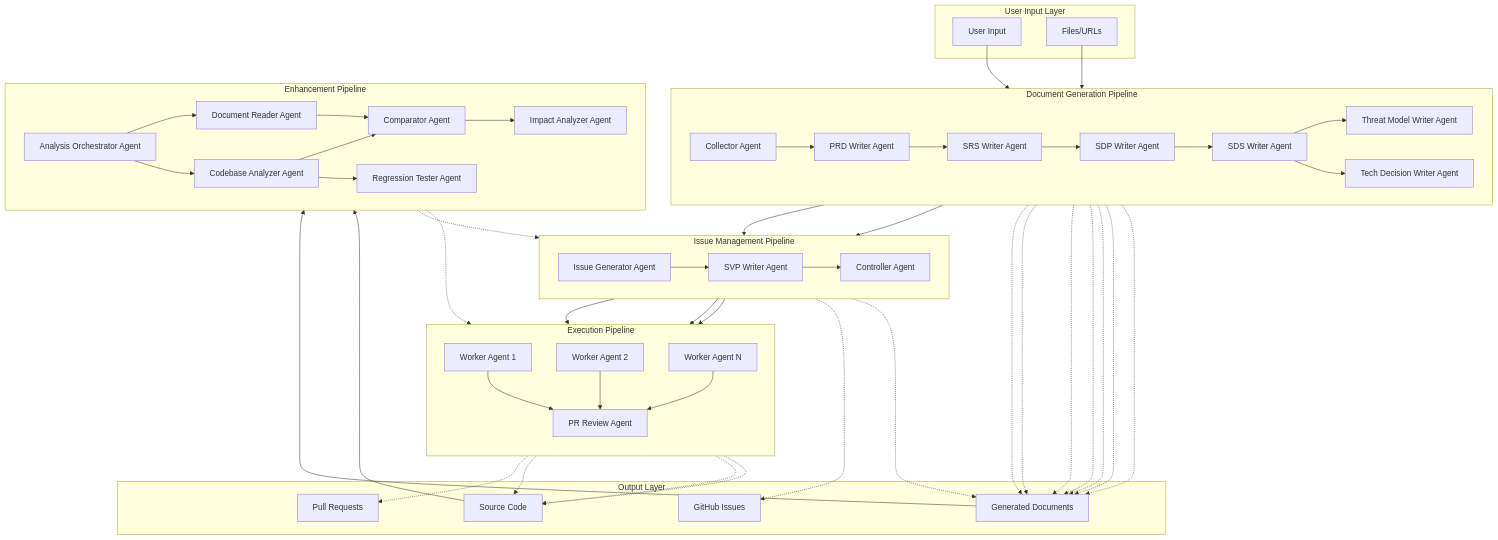
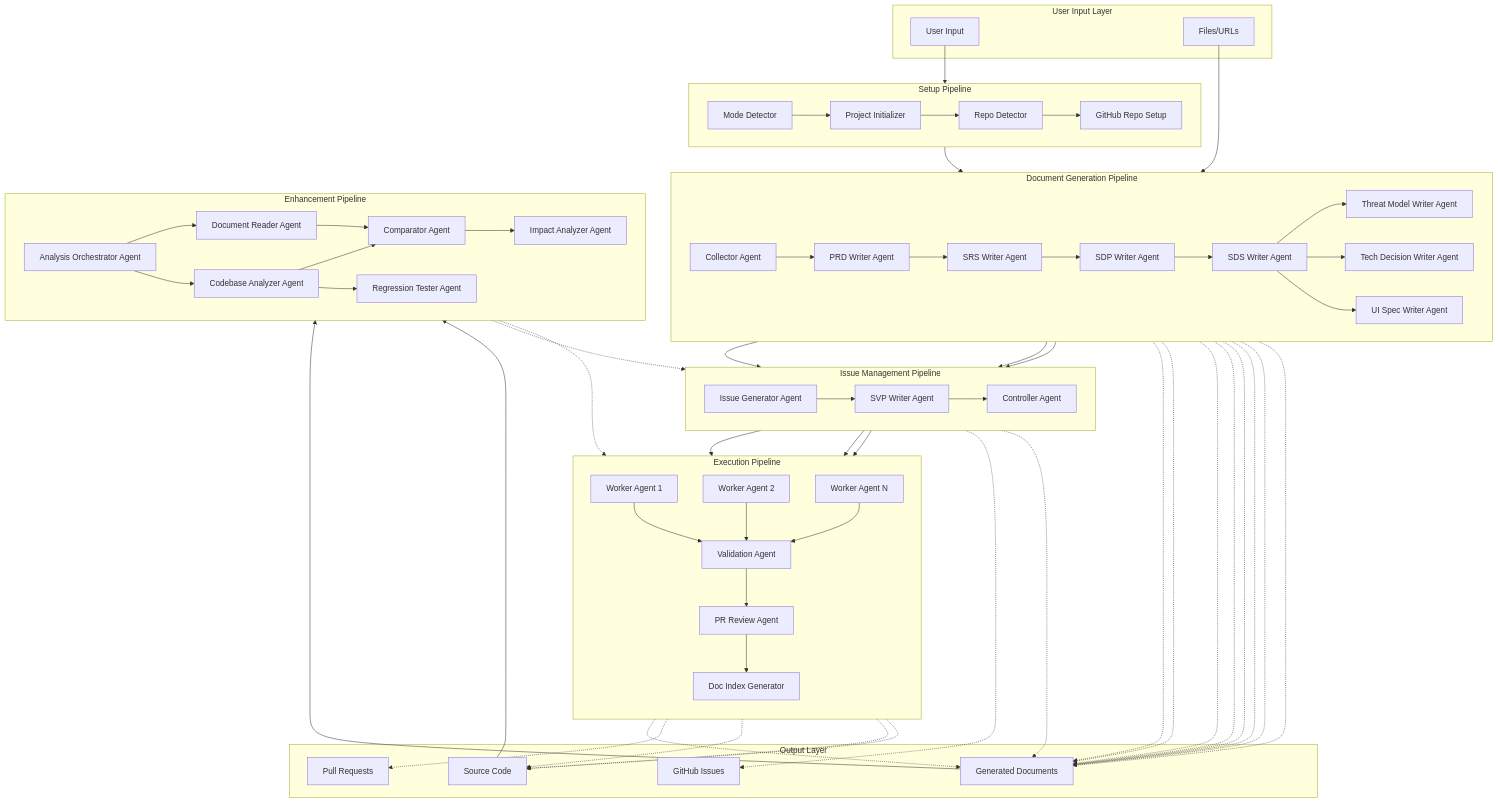
Before and after one commit to kcenon/claude_code_agent: the first of 7 diagrams in docs/system-architecture.md, drawn with Mermaid. The commit also changed other lines of this file and 7 other files, not shown here.

````diff
--- a/docs/system-architecture.md
+++ b/docs/system-architecture.md
@@ -5,5 +5,13 @@
 ```mermaid
 flowchart TB
+    subgraph SetupPipeline["Setup Pipeline"]
+        direction LR
+        MODE[Mode Detector]
+        INIT[Project Initializer]
+        REPOD[Repo Detector]
+        GHSETUP[GitHub Repo Setup]
+    end
+
     subgraph Input["User Input Layer"]
         UI[User Input]
         FILES[Files/URLs]
@@ -18,6 +26,7 @@
         SDS[SDS Writer Agent]
         TM[Threat Model Writer Agent]
         TD[Tech Decision Writer Agent]
+        UISPEC[UI Spec Writer Agent]
     end
 
     subgraph IssuePipeline["Issue Management Pipeline"]
@@ -32,7 +41,9 @@
         WORKER1[Worker Agent 1]
         WORKER2[Worker Agent 2]
         WORKERN[Worker Agent N]
+        VAL[Validation Agent]
         PR[PR Review Agent]
+        DOCIDX[Doc Index Generator]
     end
 
     subgraph EnhancementPipeline["Enhancement Pipeline"]
@@ -52,7 +63,13 @@
         PRS[Pull Requests]
     end
 
-    UI --> COLLECT
+    %% Setup flow
+    UI --> MODE
+    MODE --> INIT
+    INIT --> REPOD
+    REPOD --> GHSETUP
+    GHSETUP --> COLLECT
+
     FILES --> COLLECT
 
     COLLECT --> PRD
@@ -61,9 +78,11 @@
     SDP --> SDS
     SDS --> TM
     SDS --> TD
+    SDS --> UISPEC
 
     TM --> ISSUE
     TD --> ISSUE
+    UISPEC --> ISSUE
     ISSUE --> SVP
     SVP --> CTRL
 
@@ -71,9 +90,12 @@
     CTRL --> WORKER2
     CTRL --> WORKERN
 
-    WORKER1 --> PR
-    WORKER2 --> PR
-    WORKERN --> PR
+    WORKER1 --> VAL
+    WORKER2 --> VAL
+    WORKERN --> VAL
+    VAL --> PR
+
+    PR --> DOCIDX
 
     COLLECT -.-> DOCS
     PRD -.-> DOCS
@@ -82,12 +104,14 @@
     SDS -.-> DOCS
     TM -.-> DOCS
     TD -.-> DOCS
+    UISPEC -.-> DOCS
     SVP -.-> DOCS
     ISSUE -.-> ISSUES
     WORKER1 -.-> CODE
     WORKER2 -.-> CODE
     WORKERN -.-> CODE
     PR -.-> PRS
+    DOCIDX -.-> DOCS
 
     %% Enhancement Pipeline connections (Analysis Orchestrator coordinates sub-agents)
     DOCS --> ORCH
````
